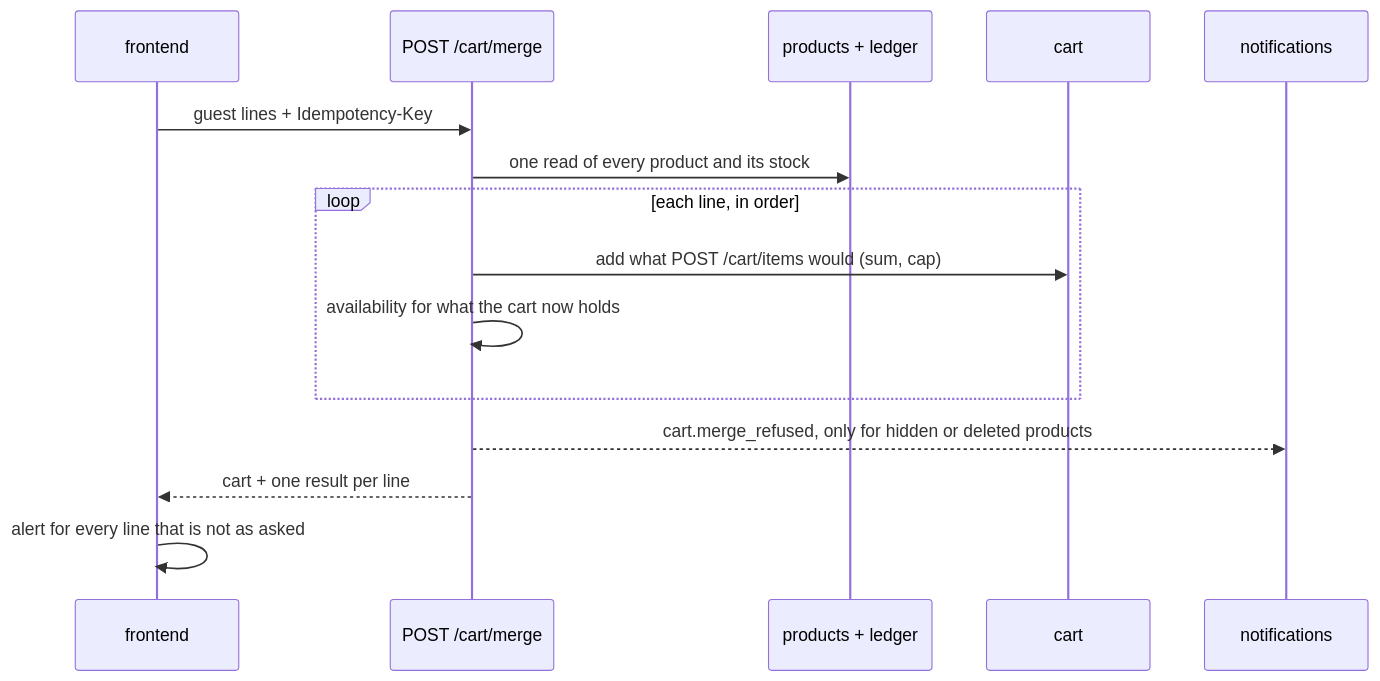
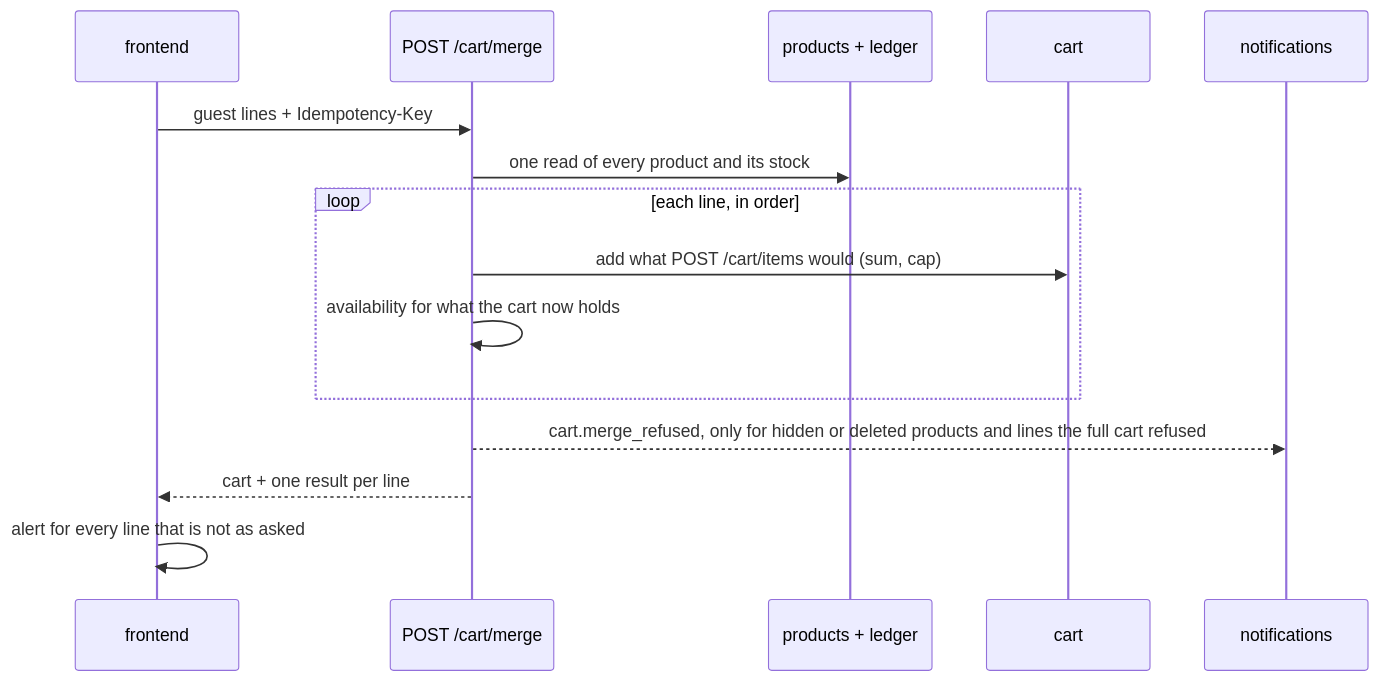
Before and after one commit to Guebbit/boilerplate-node-backend: the third of 4 diagrams in docs/modules/cart.md, drawn with Mermaid. The commit also changed other lines of this file and 39 other files, not shown here.

First line of the commit message:
feat(cart): cart, wishlist and stock-alert lists are capped; a full cart reports cart_full

````diff
--- a/docs/modules/cart.md
+++ b/docs/modules/cart.md
@@ -204,17 +216,17 @@
 ```mermaid
 sequenceDiagram
     participant FE as frontend
     participant API as POST /cart/merge
     participant P as products + ledger
     participant C as cart
     participant N as notifications
     FE->>API: guest lines + Idempotency-Key
     API->>P: one read of every product and its stock
     loop each line, in order
         API->>C: add what POST /cart/items would (sum, cap)
         API->>API: availability for what the cart now holds
     end
-    API-->>N: cart.merge_refused, only for hidden or deleted products
+    API-->>N: cart.merge_refused, only for hidden or deleted products and lines the full cart refused
     API-->>FE: cart + one result per line
     FE->>FE: alert for every line that is not as asked
 ```
````
